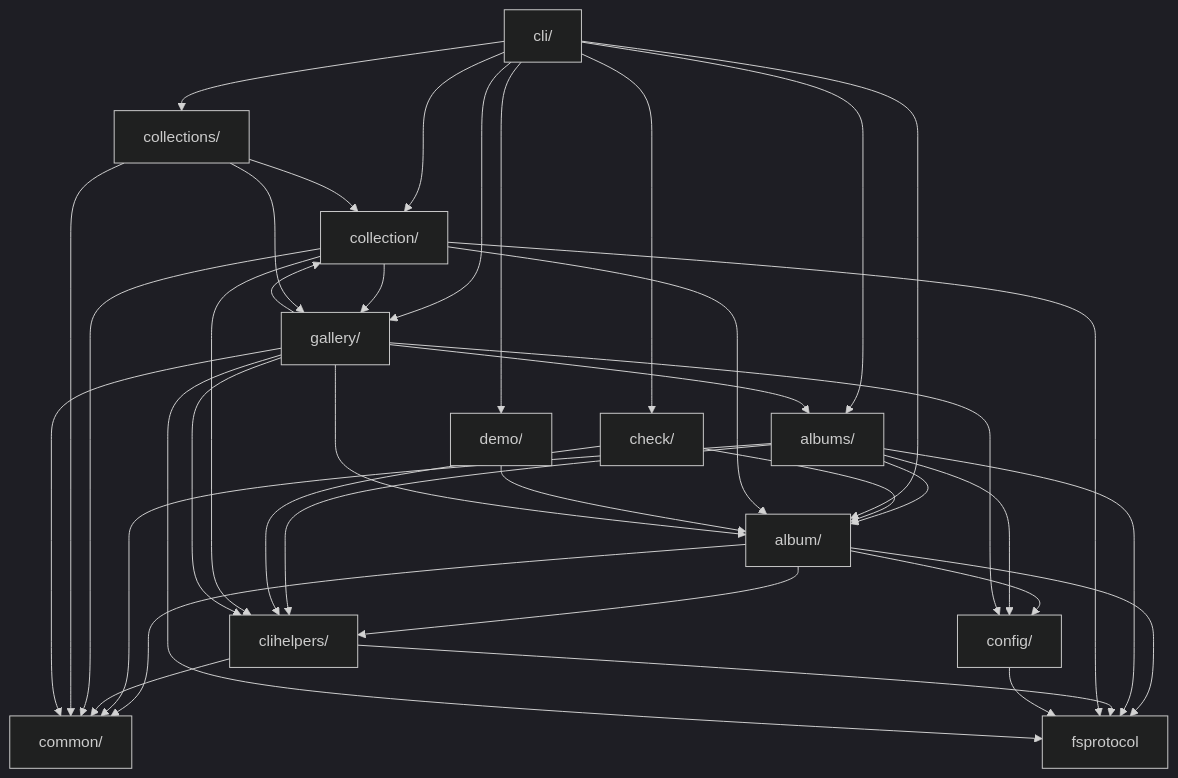
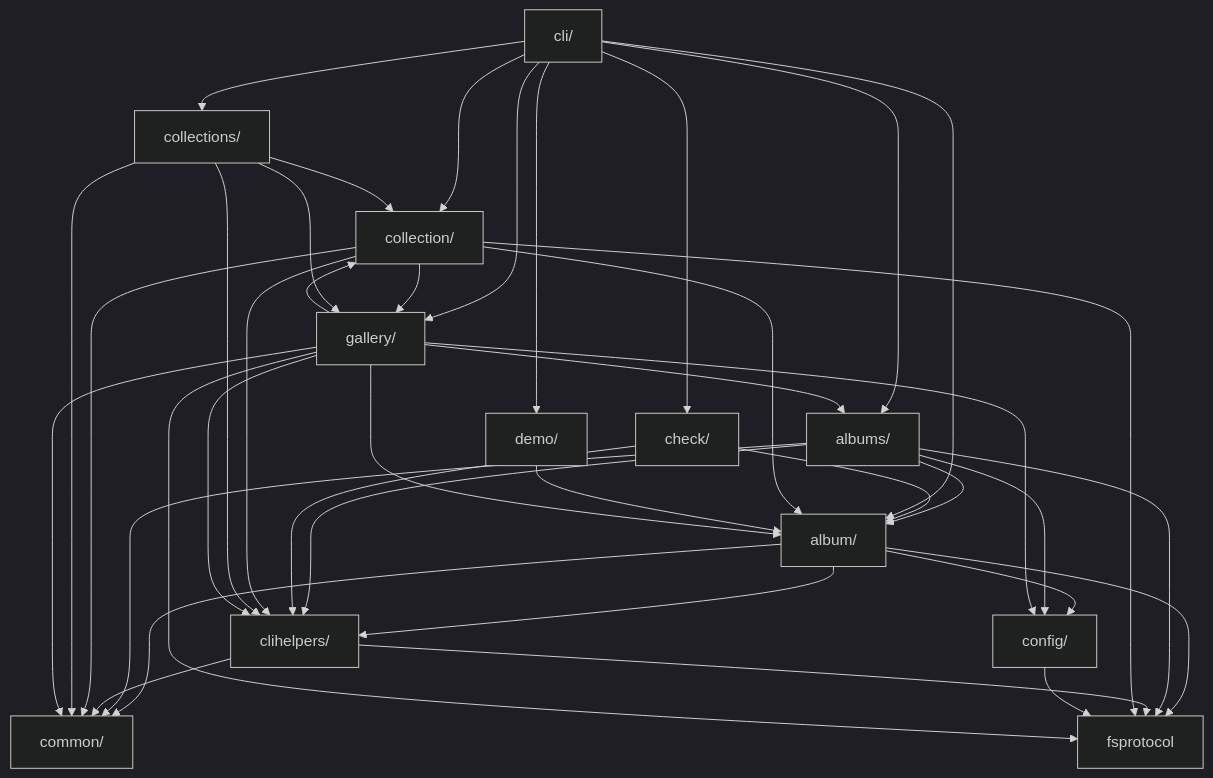
One commit to iglootools/photree changed the diagram in docs/architecture.md. Above: the diagram before and after it, drawn with Mermaid (dark theme). The commit also changed 5 other files, not shown here.

````diff
--- a/docs/architecture.md
+++ b/docs/architecture.md
@@ -17,53 +17,54 @@
 ```mermaid
 graph TD
     album["album/"]
     albums["albums/"]
     check["check/"]
     cli["cli/"]
     clihelpers["clihelpers/"]
     collection["collection/"]
     collections["collections/"]
     common["common/"]
     config["config/"]
     demo["demo/"]
     fsprotocol["fsprotocol"]
     gallery["gallery/"]
 
     album --> clihelpers
     album --> common
     album --> config
     album --> fsprotocol
     albums --> album
     albums --> clihelpers
     albums --> common
     albums --> config
     albums --> fsprotocol
     check --> album
     check --> clihelpers
     cli --> album
     cli --> albums
     cli --> check
     cli --> collection
     cli --> collections
     cli --> demo
     cli --> gallery
     clihelpers --> common
     clihelpers --> fsprotocol
     collection --> album
     collection --> clihelpers
     collection --> common
     collection --> fsprotocol
     collection --> gallery
+    collections --> clihelpers
     collections --> collection
     collections --> common
     collections --> gallery
     config --> fsprotocol
     demo --> album
     gallery --> album
     gallery --> albums
     gallery --> clihelpers
     gallery --> collection
     gallery --> common
     gallery --> config
     gallery --> fsprotocol
 ```
````
